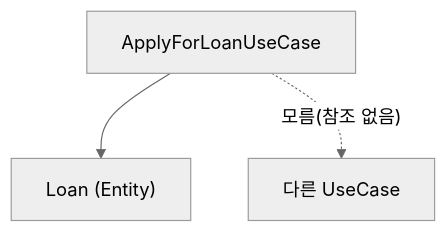
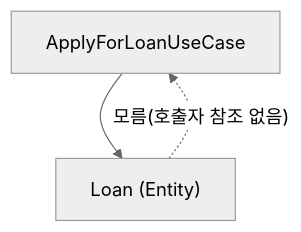
Before and after one commit to 42jerrykim/42jerrykim.github.io: the diagram in content/collection/cleanarchitecture/30-business-rules-entities-usecases/index.md, drawn with Mermaid (neutral theme). The commit also changed other lines of this file and 1 other file, not shown here.

First line of the commit message:
fix: 30장 미검증 인용 제거 및 다이어그램 방향 수정 (2차 채점 반영)

````diff
--- a/content/collection/cleanarchitecture/30-business-rules-entities-usecases/index.md
+++ b/content/collection/cleanarchitecture/30-business-rules-entities-usecases/index.md
@@ -205,5 +202,5 @@
 ```mermaid
 graph TD
     UseCase["ApplyForLoanUseCase"] --> Entity["Loan (Entity)"]
-    UseCase -.->|"모름(참조 없음)"| Entity2["다른 UseCase"]
+    Entity -.->|"모름(호출자 참조 없음)"| UseCase
 ```
````
